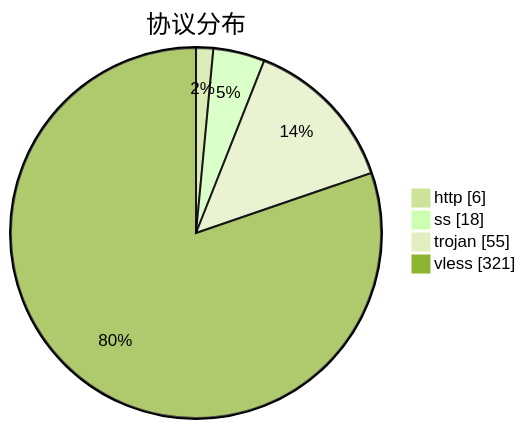
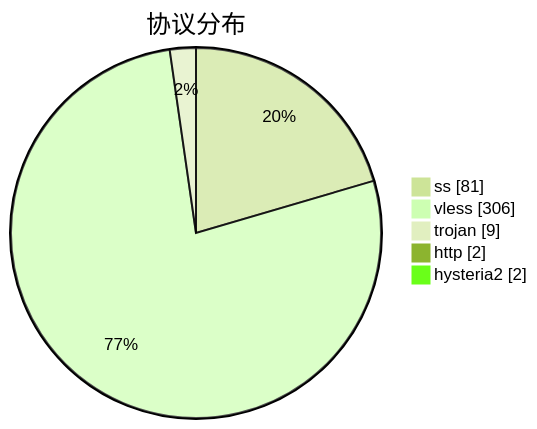
Before and after one commit to qjlxg/airport: the third of 3 diagrams in subs/statistics/tested_within.md, drawn with Mermaid (forest theme). The commit also changed other lines of this file and 2 other files, not shown here.

````diff
--- a/subs/statistics/tested_within.md
+++ b/subs/statistics/tested_within.md
@@ -21,8 +19,9 @@
 ```mermaid
 pie showData
 title 协议分布
-"http" : 6
-"ss" : 18
-"trojan" : 55
-"vless" : 321
+"ss" : 81
+"vless" : 306
+"trojan" : 9
+"http" : 2
+"hysteria2" : 2
 ```
````
